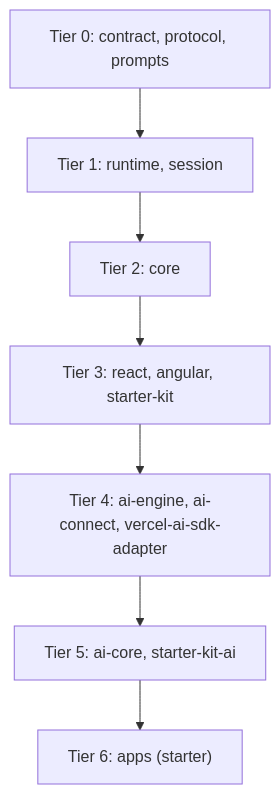
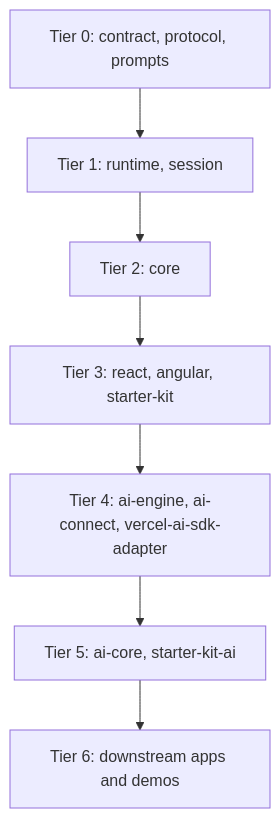
Before and after one commit to brytoncooper/continuum-dev: the diagram in AI_ONBOARDING.md, drawn with Mermaid. The commit also changed other lines of this file and 11 other files, not shown here.

````diff
--- a/AI_ONBOARDING.md
+++ b/AI_ONBOARDING.md
@@ -103,11 +94,11 @@
 ```mermaid
 flowchart TB
   T0["Tier 0: contract, protocol, prompts"]
   T1["Tier 1: runtime, session"]
   T2["Tier 2: core"]
   T3["Tier 3: react, angular, starter-kit"]
   T4["Tier 4: ai-engine, ai-connect, vercel-ai-sdk-adapter"]
   T5["Tier 5: ai-core, starter-kit-ai"]
-  T6["Tier 6: apps (starter)"]
+  T6["Tier 6: downstream apps and demos"]
   T0 --> T1 --> T2 --> T3 --> T4 --> T5 --> T6
 ```
````
